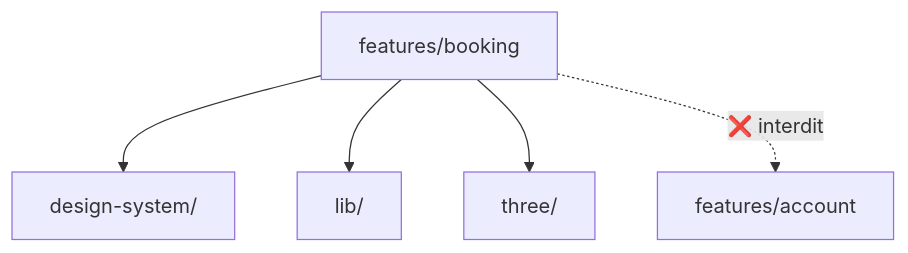
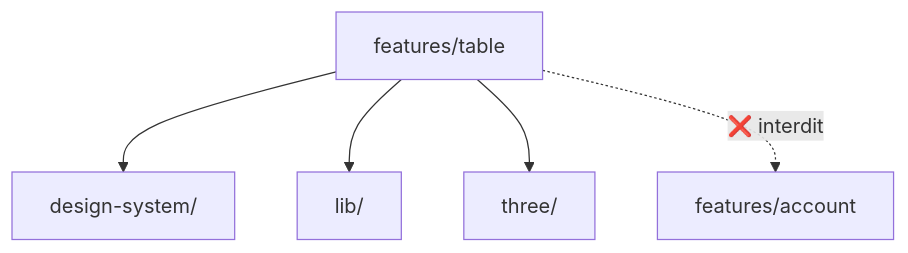
One commit to Les-razmokets/42-transcendence changed the diagram in frontend/src/features/README.md. Above: the diagram before and after it, drawn with Mermaid. The commit also changed other lines of this file and 9 other files, not shown here.

````diff
--- a/frontend/src/features/README.md
+++ b/frontend/src/features/README.md
@@ -25,7 +24,7 @@
 ```mermaid
 flowchart TD
-    F[features/booking] --> DS[design-system/]
+    F[features/table] --> DS[design-system/]
     F --> LIB[lib/]
     F --> T[three/]
     F -. ❌ interdit .-> F2[features/account]
 ```
````
